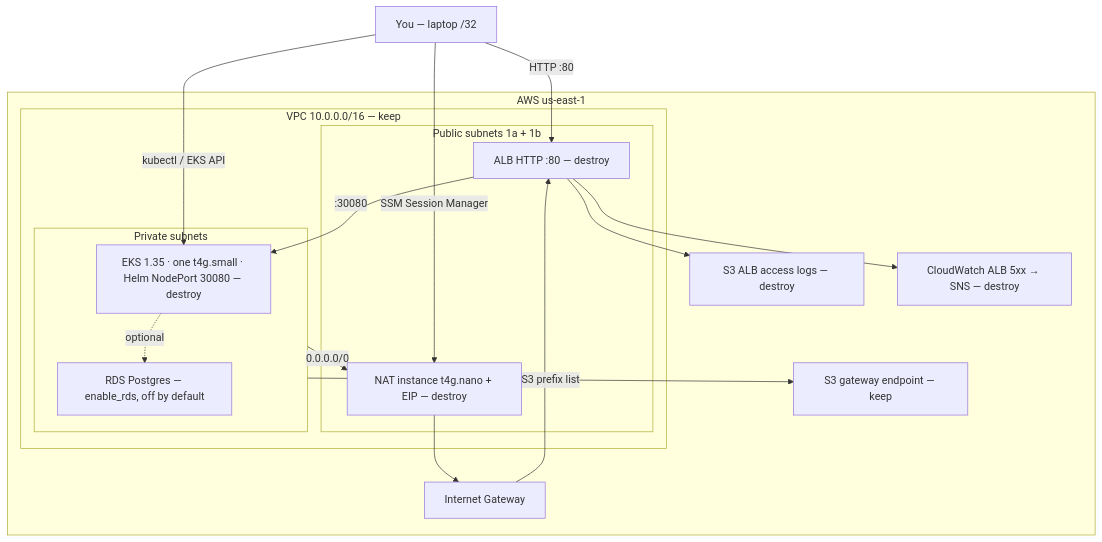
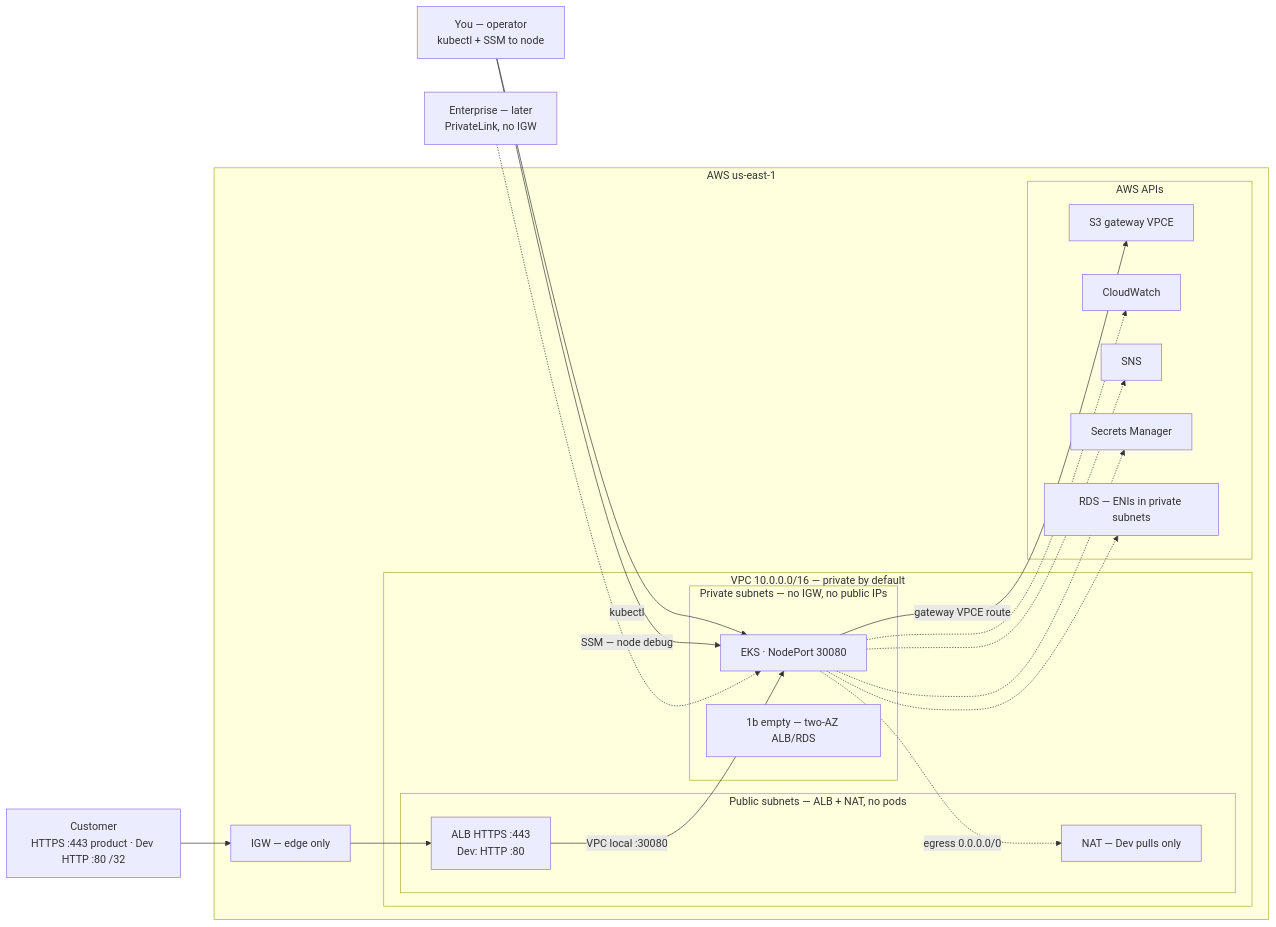
Before and after one commit to agileqatester/saas-ntier-lab: the diagram in architecture.mmd, drawn with Mermaid. The commit also changed 3 other files, not shown here.

First line of the commit message:
Document the architecture from the lab Q&A and ship a vector diagram.

```diff
--- a/architecture.mmd
+++ b/architecture.mmd
@@ -1,34 +1,40 @@
 %% saas-ntier-lab — paste into draw.io: Arrange → Insert → Advanced → Mermaid
-flowchart TB
-  You["You — laptop /32"]
+flowchart LR
+  Customer["Customer<br/>HTTPS :443 product · Dev HTTP :80 /32"]
+  You["You — operator<br/>kubectl + SSM to node"]
+  Enterprise["Enterprise — later<br/>PrivateLink, no IGW"]
 
   subgraph aws["AWS us-east-1"]
-    IGW[Internet Gateway]
+    IGW["IGW — edge only"]
 
-    subgraph vpc["VPC 10.0.0.0/16 — keep"]
-      subgraph pub["Public subnets 1a + 1b"]
-        ALB["ALB HTTP :80 — destroy"]
-        NAT["NAT instance t4g.nano + EIP — destroy"]
+    subgraph vpc["VPC 10.0.0.0/16 — private by default"]
+      subgraph edge["Public subnets — ALB + NAT, no pods"]
+        ALB["ALB HTTPS :443<br/>Dev: HTTP :80"]
+        NAT["NAT — Dev pulls only"]
       end
-      subgraph priv["Private subnets"]
-        EKS["EKS 1.35 · one t4g.small · Helm NodePort 30080 — destroy"]
-        RDS["RDS Postgres — enable_rds, off by default"]
+      subgraph priv["Private subnets — no IGW, no public IPs"]
+        EKS["EKS · NodePort 30080"]
+        PrivB["1b empty — two-AZ ALB/RDS"]
       end
     end
 
-    S3GW[S3 gateway endpoint — keep]
-    LOGS[S3 ALB access logs — destroy]
-    CW[CloudWatch ALB 5xx → SNS — destroy]
+    subgraph managed["AWS APIs"]
+      S3GW["S3 gateway VPCE"]
+      CW[CloudWatch]
+      SNS[SNS]
+      SM[Secrets Manager]
+      RDS["RDS — ENIs in private subnets"]
+    end
   end
 
-  You -->|"HTTP :80"| ALB
-  You -->|SSM Session Manager| NAT
-  You -->|"kubectl / EKS API"| EKS
-  IGW --> ALB
-  ALB -->|":30080"| EKS
-  EKS -.->|optional| RDS
-  priv -->|"0.0.0.0/0"| NAT
-  NAT --> IGW
-  priv -->|S3 prefix list| S3GW
-  ALB --> LOGS
-  ALB --> CW
+  Customer --> IGW --> ALB
+  ALB -->|"VPC local :30080"| EKS
+  You -->|kubectl| EKS
+  You -->|"SSM — node debug"| EKS
+  EKS -.->|"egress 0.0.0.0/0"| NAT
+  EKS -->|"gateway VPCE route"| S3GW
+  EKS -.-> CW
+  EKS -.-> SNS
+  EKS -.-> SM
+  EKS -.-> RDS
+  Enterprise -.-> EKS
```
